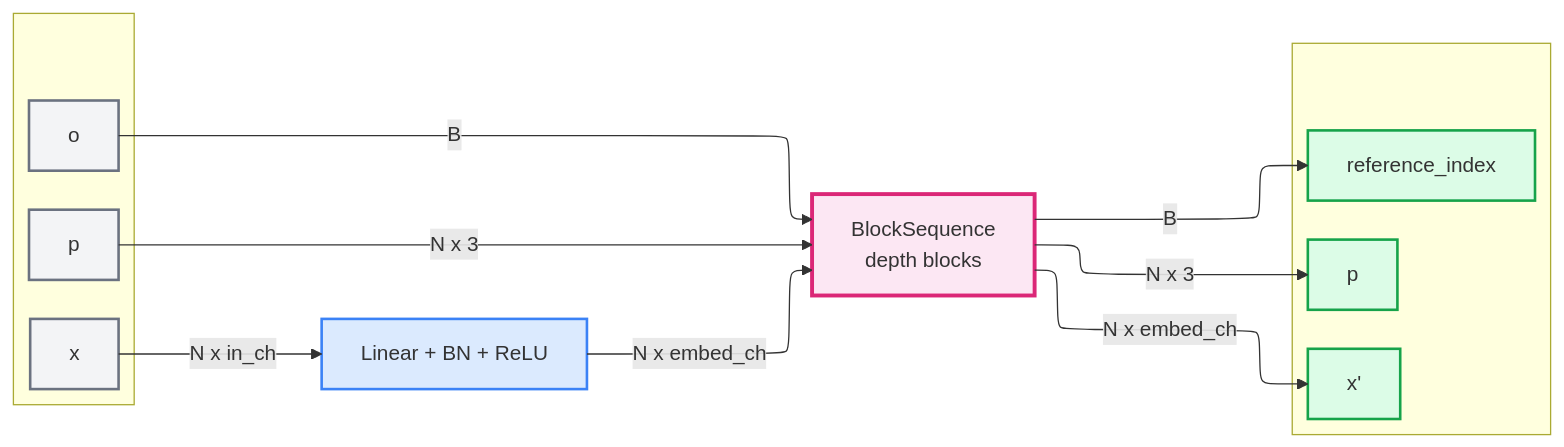
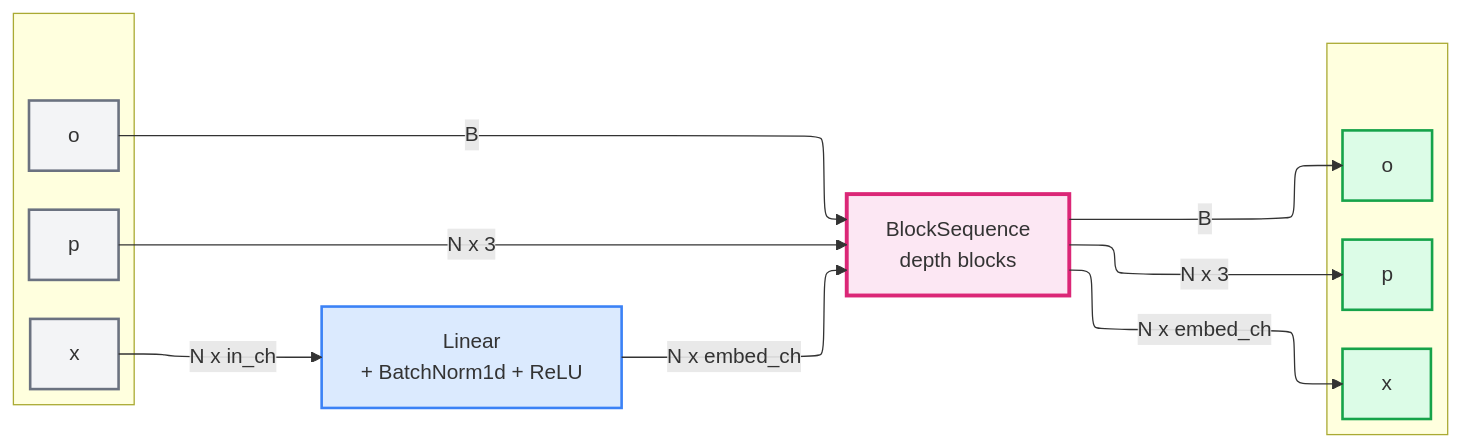
The diagram in assets/img/poinTransformerV2/GVAPatchEmbed.md (antoineach/antoineach.github.io), drawn with Mermaid before and after one commit.

````diff
--- a/assets/img/poinTransformerV2/GVAPatchEmbed.md
+++ b/assets/img/poinTransformerV2/GVAPatchEmbed.md
@@ -1,39 +1,39 @@
 ```mermaid
 ---
 config:
   layout: elk
 ---
 graph LR
     subgraph InputPXO[" "]
         p["p"]
         x["x"]
         o["o"]
     end
     
-    x -->|N x in_ch| Proj["Linear + BN + ReLU"]
+    x -->|N x in_ch| Proj["Linear<br>+ BatchNorm1d + ReLU"]
     Proj -->|N x embed_ch| BlockSeq["BlockSequence<br>depth blocks"]
     
     p -->|N x 3| BlockSeq
     o -->|B| BlockSeq
     
     subgraph OutputPXO[" "]
         pout["p"]
-        xout["x'"]
-        oout["reference_index"]
+        xout["x"]
+        oout["o"]
     end
     
     BlockSeq -->|N x 3| pout
     BlockSeq -->|N x embed_ch| xout
     BlockSeq -->|B| oout
     
     style p fill:#f3f4f6,stroke:#6b7280,stroke-width:2px
     style x fill:#f3f4f6,stroke:#6b7280,stroke-width:2px
     style o fill:#f3f4f6,stroke:#6b7280,stroke-width:2px
     
     style Proj fill:#dbeafe,stroke:#3b82f6,stroke-width:2px
     style BlockSeq fill:#fce7f3,stroke:#db2777,stroke-width:3px
     
     style pout fill:#dcfce7,stroke:#16a34a,stroke-width:2px
     style xout fill:#dcfce7,stroke:#16a34a,stroke-width:2px
     style oout fill:#dcfce7,stroke:#16a34a,stroke-width:2px
 ```
````
